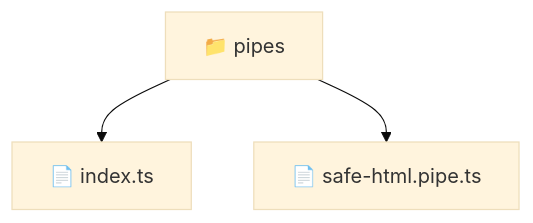
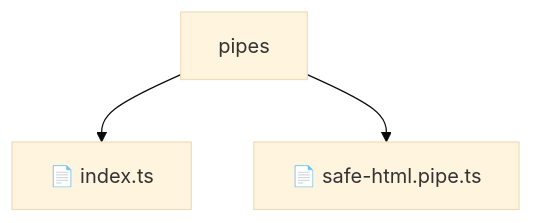
Before and after one commit to beginwebdev2002/fullstack-mavluda: the diagram in frontend/src/shared/pipes/README.md, drawn with Mermaid (base theme). The commit also changed other lines of this file and 155 other files, not shown here.

````diff
--- a/frontend/src/shared/pipes/README.md
+++ b/frontend/src/shared/pipes/README.md
@@ -10,6 +14,6 @@
 ```mermaid
 graph TD
-  Root["📁 pipes"]
-  Root --> indexts["📄 index.ts"]
-  Root --> safehtmlpipets["📄 safe-html.pipe.ts"]
+    Root[pipes]
+    Root --> F0[📄 index.ts]
+    Root --> F1[📄 safe-html.pipe.ts]
 ```
````
